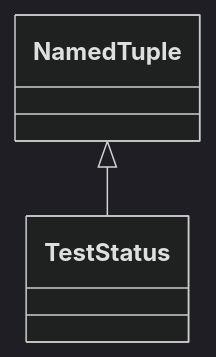
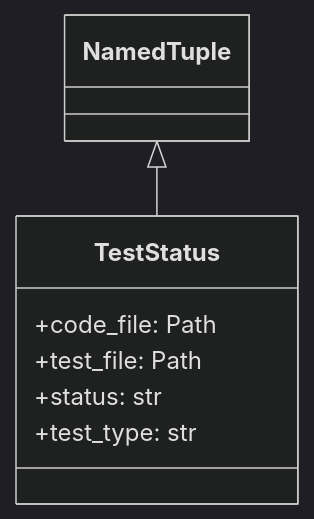
One commit to Brunvelop/autocode changed the first of 2 diagrams in design/autocode/core/test/test_checker_items.md. Above: the diagram before and after it, drawn with Mermaid (dark theme). The commit also changed 22 other files, not shown here.

````diff
--- a/design/autocode/core/test/test_checker_items.md
+++ b/design/autocode/core/test/test_checker_items.md
@@ -20,7 +20,11 @@
 ```mermaid
 classDiagram
     class TestStatus {
+        +code_file: Path
+        +test_file: Path
+        +status: str
+        +test_type: str
     }
     NamedTuple <|-- TestStatus
 
 ```
````
